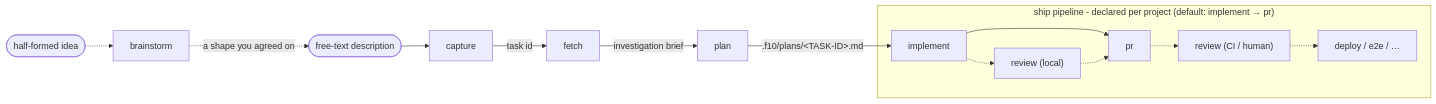
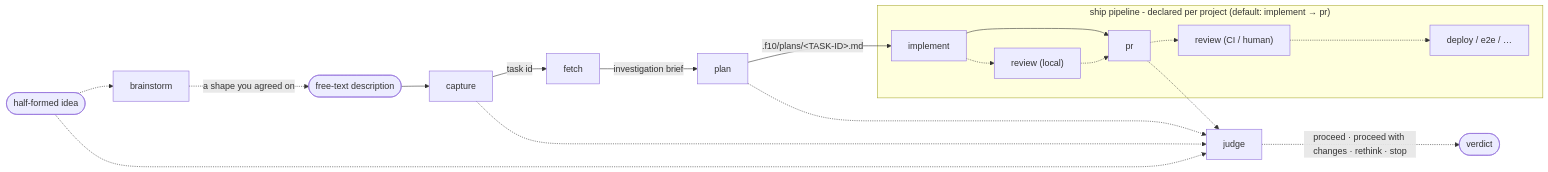
The first of 2 diagrams in README.md (amberpixels/f10), drawn with Mermaid before and after one commit. The commit also changed other lines of this file and 4 other files, not shown here.

````diff
--- a/README.md
+++ b/README.md
@@ -29,14 +31,19 @@
 ```mermaid
 flowchart LR
     idea(["half-formed idea"]) -.-> brain[brainstorm]
     brain -.->|"a shape you agreed on"| desc
     desc(["free-text description"]) --> capSt[capture]
     capSt -->|task id| fetch[fetch]
     fetch -->|investigation brief| plan[plan]
     plan -->|".f10/plans/&lt;TASK-ID&gt;.md"| implement
     subgraph shippipe ["ship pipeline - declared per project (default: implement → pr)"]
         implement[implement] --> pr[pr]
         implement -.-> revL["review (local)"] -.-> pr
         pr -.-> revC["review (CI / human)"] -.-> deploy["deploy / e2e / …"]
     end
+    idea -.-> judge[judge]
+    capSt -.-> judge
+    plan -.-> judge
+    pr -.-> judge
+    judge -.->|"proceed · proceed with changes · rethink · stop"| verdict(["verdict"])
 ```
````
